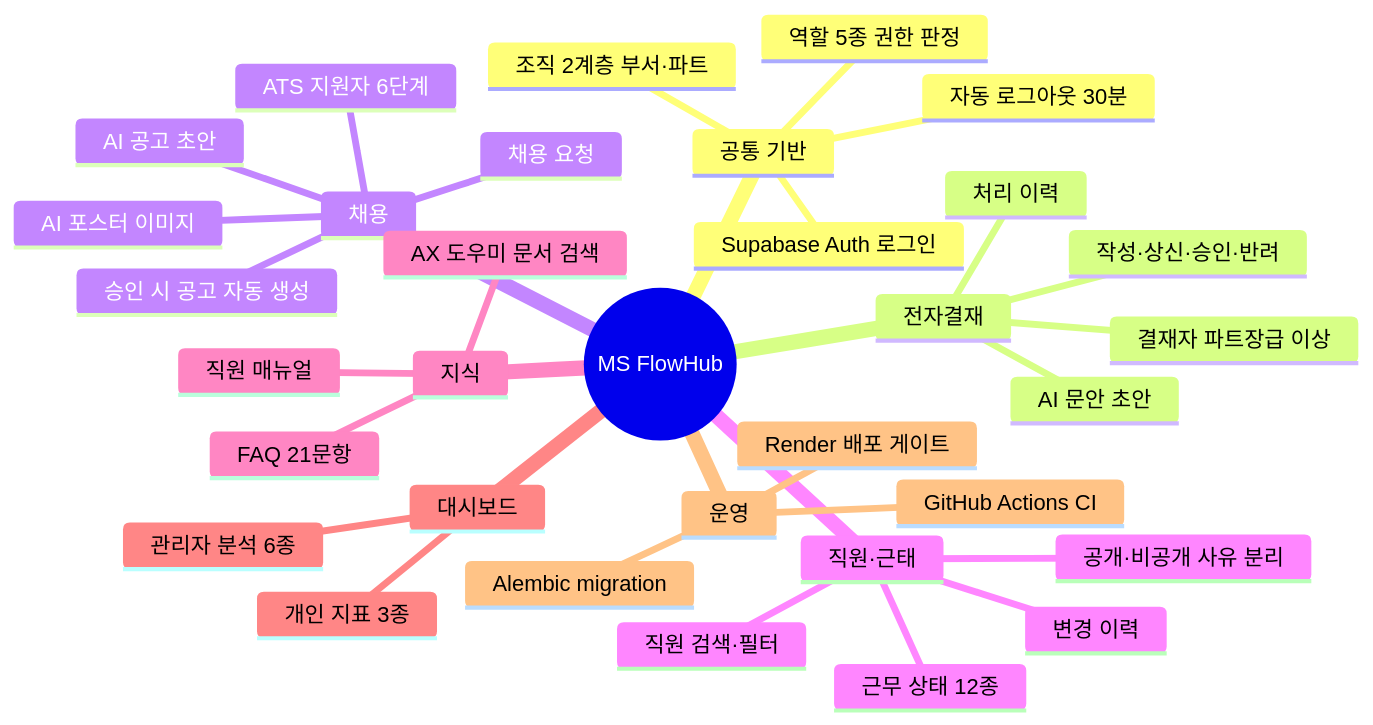
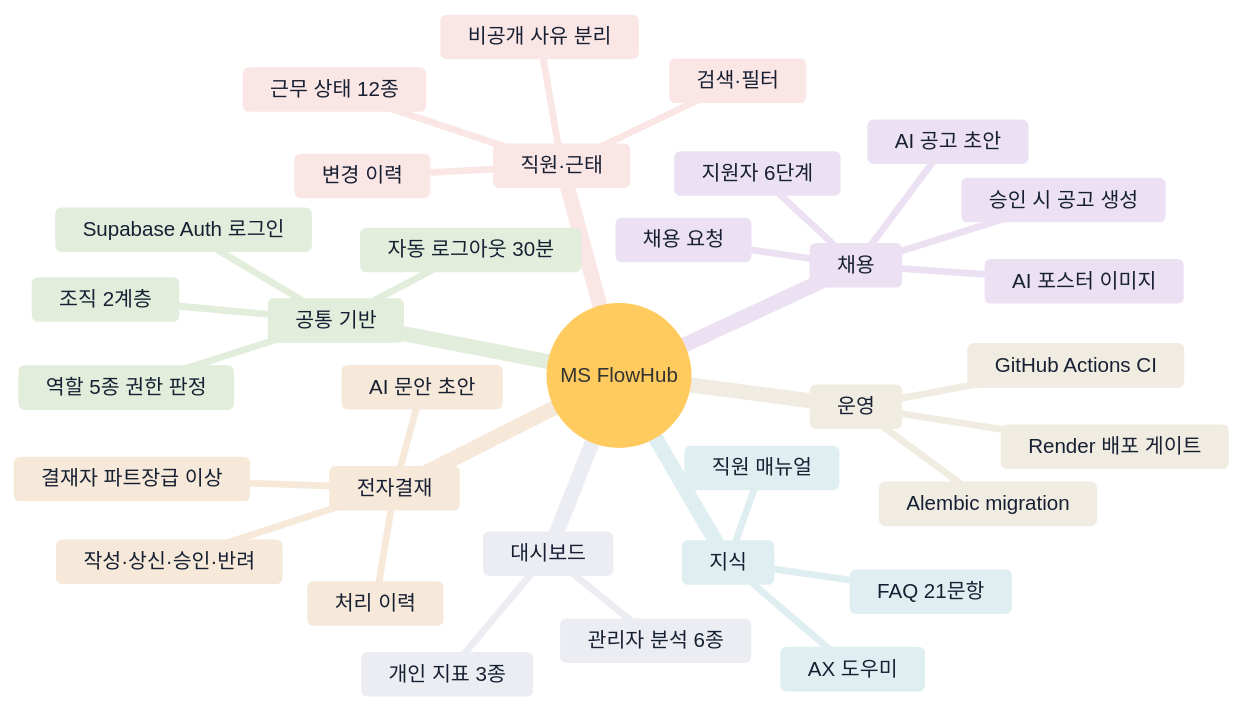
The first of 2 diagrams in docs/ROADMAP.md (Dwkms/MS-FlowHub), drawn with Mermaid before and after one commit. The commit also changed other lines of this file, not shown here.

First line of the commit message:
docs: 로드맵 다이어그램 가시성 개선

````diff
--- a/docs/ROADMAP.md
+++ b/docs/ROADMAP.md
@@ -13,36 +13,52 @@
 ```mermaid
+%%{init: {
+  "theme": "base",
+  "themeVariables": {
+    "fontFamily": "Pretendard, Noto Sans KR, sans-serif",
+    "fontSize": "15px",
+    "lineColor": "#9aa4b5",
+    "cScale0": "#dfe8f5", "cScaleLabel0": "#172033",
+    "cScale1": "#e2eddc", "cScaleLabel1": "#172033",
+    "cScale2": "#f6e9d9", "cScaleLabel2": "#172033",
+    "cScale3": "#ece1f2", "cScaleLabel3": "#172033",
+    "cScale4": "#fbe6e6", "cScaleLabel4": "#172033",
+    "cScale5": "#dfeef1", "cScaleLabel5": "#172033",
+    "cScale6": "#ebedf2", "cScaleLabel6": "#172033",
+    "cScale7": "#f0ece2", "cScaleLabel7": "#172033"
+  }
+}}%%
 mindmap
   root((MS FlowHub))
     공통 기반
       Supabase Auth 로그인
       역할 5종 권한 판정
       자동 로그아웃 30분
-      조직 2계층 부서·파트
+      조직 2계층
     전자결재
       작성·상신·승인·반려
       처리 이력
       결재자 파트장급 이상
       AI 문안 초안
     채용
       채용 요청
-      승인 시 공고 자동 생성
+      승인 시 공고 생성
       AI 공고 초안
       AI 포스터 이미지
-      ATS 지원자 6단계
+      지원자 6단계
     직원·근태
-      직원 검색·필터
+      검색·필터
       근무 상태 12종
-      공개·비공개 사유 분리
+      비공개 사유 분리
       변경 이력
     지식
       직원 매뉴얼
       FAQ 21문항
-      AX 도우미 문서 검색
+      AX 도우미
     대시보드
       개인 지표 3종
       관리자 분석 6종
     운영
       GitHub Actions CI
       Render 배포 게이트
       Alembic migration
 ```
````
